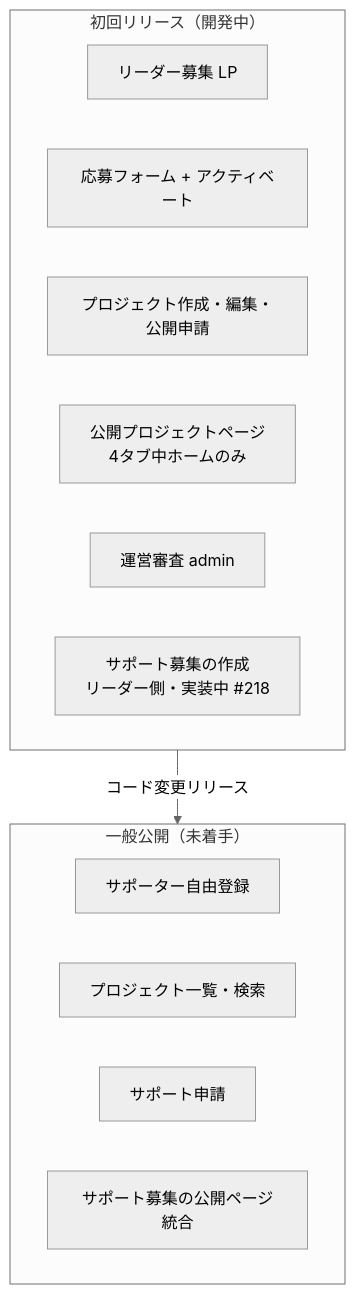
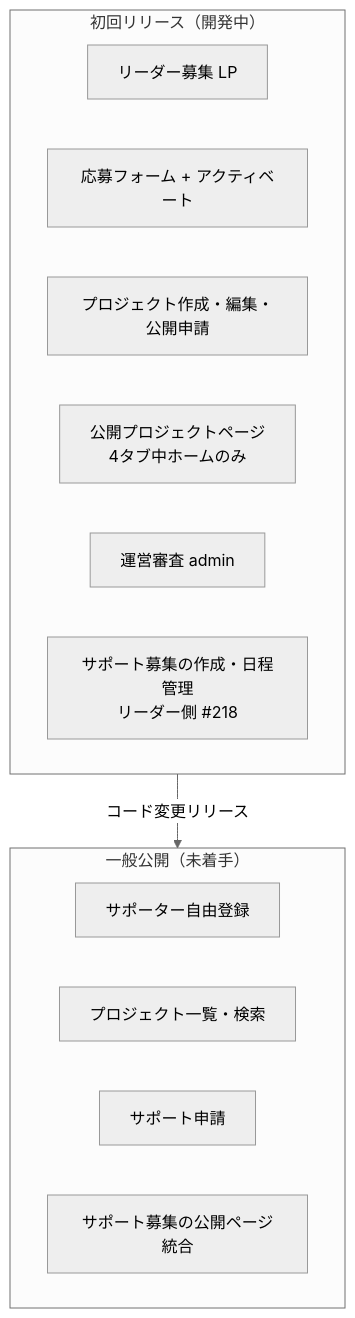
Before and after one commit to Physicalfunding/PhysiFun: the eighth of 8 diagrams in docs/specs/01_system-architecture.md, drawn with Mermaid (neutral theme). The commit also changed other lines of this file and 2 other files, not shown here.

Commit message:
docs: 設計資料の実装状況に、日程の API・画面を反映する（#218）
01 / 02 / 03 の「日程はこれから」を、募集と日程を管理できる、に直した。

Claude-Session: https://claude.ai/code/session_01D3EvUYpVL7fJE5UDWhUk9x

````diff
--- a/docs/specs/01_system-architecture.md
+++ b/docs/specs/01_system-architecture.md
@@ -417,20 +417,20 @@
 ```mermaid
 flowchart TB
     subgraph Initial["初回リリース（開発中）"]
         I1[リーダー募集 LP]
         I2[応募フォーム + アクティベート]
         I3[プロジェクト作成・編集・公開申請]
         I4[公開プロジェクトページ<br/>4タブ中ホームのみ]
         I5[運営審査 admin]
-        I6[サポート募集の作成<br/>リーダー側・実装中 #218]
+        I6[サポート募集の作成・日程管理<br/>リーダー側 #218]
     end
 
     subgraph Public["一般公開（未着手）"]
         G1[サポーター自由登録]
         G2[プロジェクト一覧・検索]
         G3[サポート申請]
         G4[サポート募集の公開ページ統合]
     end
 
     Initial -->|コード変更リリース| Public
 ```
````
